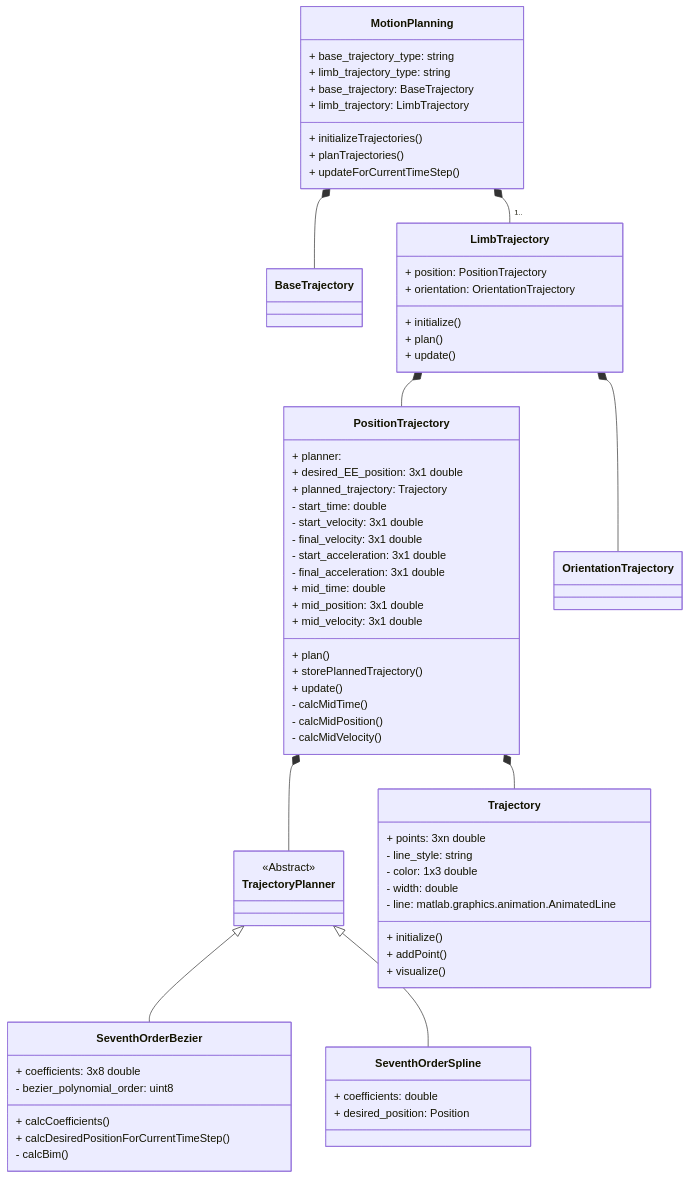
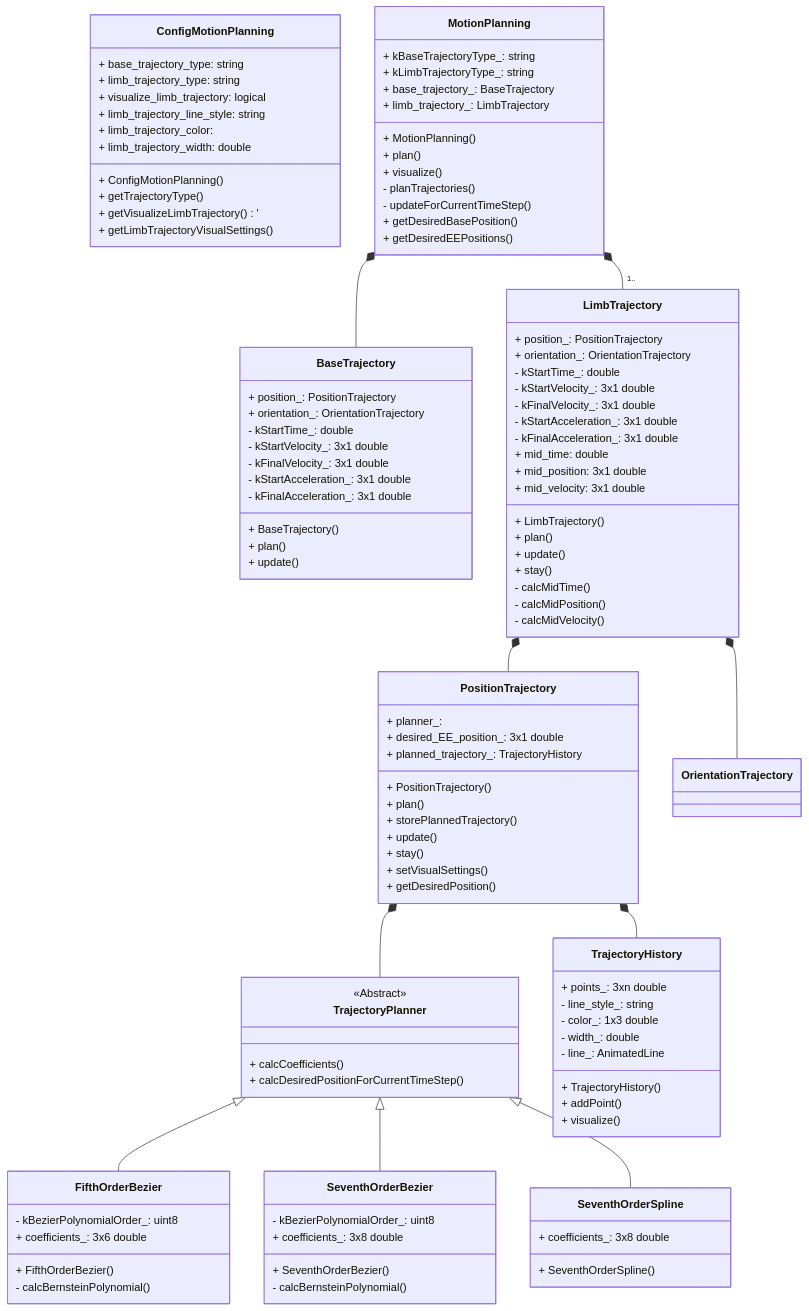
One commit to Space-Robotics-Laboratory/ClimbLab changed the diagram in src/planning_and_control/high_level_controller/motion_planning/motion_planning_class_design.md. Above: the diagram before and after it, drawn with Mermaid. The commit also changed 12 other files, not shown here.

Commit message:
Update motion planning class

````diff
--- a/src/planning_and_control/high_level_controller/motion_planning/motion_planning_class_design.md
+++ b/src/planning_and_control/high_level_controller/motion_planning/motion_planning_class_design.md
@@ -3,84 +3,129 @@
 ```mermaid
 classDiagram
 
-  class MotionPlanning {
+  class ConfigMotionPlanning {
     + base_trajectory_type: string
     + limb_trajectory_type: string
-    + base_trajectory: BaseTrajectory
-    + limb_trajectory: LimbTrajectory
+    + visualize_limb_trajectory: logical
+    + limb_trajectory_line_style: string
+    + limb_trajectory_color:
+    + limb_trajectory_width: double
 
-    + initializeTrajectories()
-    + planTrajectories()
-    + updateForCurrentTimeStep()
+    + ConfigMotionPlanning()
+    + getTrajectoryType()
+    + getVisualizeLimbTrajectory()'
+    + getLimbTrajectoryVisualSettings()
+  }
+
+  class MotionPlanning {
+    + kBaseTrajectoryType_: string
+    + kLimbTrajectoryType_: string
+    + base_trajectory_: BaseTrajectory
+    + limb_trajectory_: LimbTrajectory
+
+    + MotionPlanning()
+    + plan()
+    + visualize()
+    - planTrajectories()
+    - updateForCurrentTimeStep()
+    + getDesiredBasePosition()
+    + getDesiredEEPositions()
   }
   MotionPlanning *-- BaseTrajectory
   MotionPlanning *-- "1.." LimbTrajectory
 
   class BaseTrajectory {
+    + position_: PositionTrajectory
+    + orientation_: OrientationTrajectory
+    - kStartTime_: double
+    - kStartVelocity_: 3x1 double
+    - kFinalVelocity_: 3x1 double
+    - kStartAcceleration_: 3x1 double
+    - kFinalAcceleration_: 3x1 double
+
+    + BaseTrajectory()
+    + plan()
+    + update()
   }
 
   class LimbTrajectory {
-    + position: PositionTrajectory
-    + orientation: OrientationTrajectory
+    + position_: PositionTrajectory
+    + orientation_: OrientationTrajectory
+    - kStartTime_: double
+    - kStartVelocity_: 3x1 double
+    - kFinalVelocity_: 3x1 double
+    - kStartAcceleration_: 3x1 double
+    - kFinalAcceleration_: 3x1 double
+    + mid_time: double
+    + mid_position: 3x1 double
+    + mid_velocity: 3x1 double
 
-    + initialize()
+    + LimbTrajectory()
     + plan()
     + update()
+    + stay()
+    - calcMidTime()
+    - calcMidPosition()
+    - calcMidVelocity()
   }
   LimbTrajectory *-- PositionTrajectory
   LimbTrajectory *-- OrientationTrajectory
 
   class PositionTrajectory {
-    + planner:
-    + desired_EE_position: 3x1 double
-    + planned_trajectory: Trajectory
-    - start_time: double
-    - start_velocity: 3x1 double
-    - final_velocity: 3x1 double
-    - start_acceleration: 3x1 double
-    - final_acceleration: 3x1 double
-    + mid_time: double
-    + mid_position: 3x1 double
-    + mid_velocity: 3x1 double
+    + planner_:
+    + desired_EE_position_: 3x1 double
+    + planned_trajectory_: TrajectoryHistory
 
+    + PositionTrajectory()
     + plan()
     + storePlannedTrajectory()
     + update()
-    - calcMidTime()
-    - calcMidPosition()
-    - calcMidVelocity()
+    + stay()
+    + setVisualSettings()
+    + getDesiredPosition()
   }
   PositionTrajectory *-- TrajectoryPlanner
-  PositionTrajectory *-- Trajectory
+  PositionTrajectory *-- TrajectoryHistory
 
   class TrajectoryPlanner {
     <<Abstract>>
+    + calcCoefficients()
+    + calcDesiredPositionForCurrentTimeStep()
   }
+  TrajectoryPlanner <|-- FifthOrderBezier
   TrajectoryPlanner <|-- SeventhOrderBezier
   TrajectoryPlanner <|-- SeventhOrderSpline
 
+  class FifthOrderBezier {
+    - kBezierPolynomialOrder_: uint8
+    + coefficients_: 3x6 double
+
+    + FifthOrderBezier()
+    - calcBernsteinPolynomial()
+  }
+
   class SeventhOrderBezier {
-    + coefficients: 3x8 double
-    - bezier_polynomial_order: uint8
+    - kBezierPolynomialOrder_: uint8
+    + coefficients_: 3x8 double
 
-    + calcCoefficients()
-    + calcDesiredPositionForCurrentTimeStep()
-    - calcBim()
+    + SeventhOrderBezier()
+    - calcBernsteinPolynomial()
   }
 
   class SeventhOrderSpline {
-    + coefficients: double
-    + desired_position: Position
+    + coefficients_: 3x8 double
+
+    + SeventhOrderSpline()
   }
 
-  class Trajectory {
-    + points: 3xn double
-    - line_style: string
-    - color: 1x3 double
-    - width: double
-    - line: matlab.graphics.animation.AnimatedLine
+  class TrajectoryHistory {
+    + points_: 3xn double
+    - line_style_: string
+    - color_: 1x3 double
+    - width_: double
+    - line_: AnimatedLine
 
-    + initialize()
+    + TrajectoryHistory()
     + addPoint()
     + visualize()
   }
````
